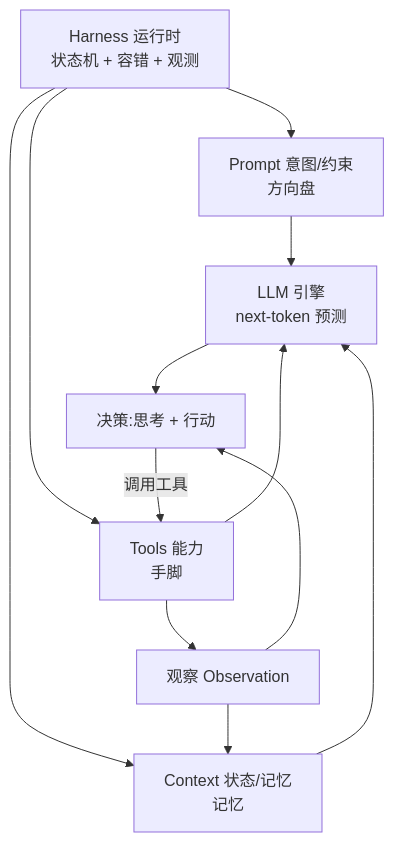
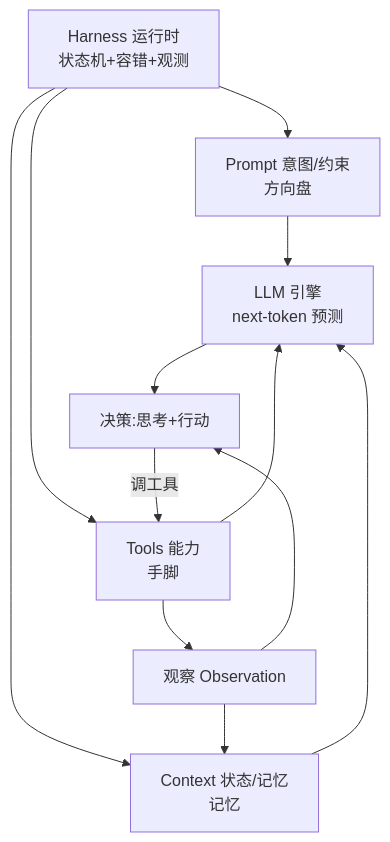
The diagram in frontend-knowledge-base/卷十一-AIAgentHarness与提示词工程/11.8-底层逻辑打通统一框架.md (inspire-man/frontend-knowledge-base), drawn with Mermaid before and after one commit. The commit also changed other lines of this file and 7 other files, not shown here.

````diff
--- a/frontend-knowledge-base/卷十一-AIAgentHarness与提示词工程/11.8-底层逻辑打通统一框架.md
+++ b/frontend-knowledge-base/卷十一-AIAgentHarness与提示词工程/11.8-底层逻辑打通统一框架.md
@@ -16,13 +16,12 @@
 ```mermaid
 flowchart TD
-    H[Harness 运行时<br/>状态机 + 容错 + 观测]
-    H --> P[Prompt 意图/约束<br/>方向盘]
+    H[Harness 运行时<br/>状态机+容错+观测] --> P[Prompt 意图/约束<br/>方向盘]
     H --> C[Context 状态/记忆<br/>记忆]
     H --> T[Tools 能力<br/>手脚]
     P & C & T --> L[LLM 引擎<br/>next-token 预测]
-    L --> A[决策:思考 + 行动]
-    A -->|调用工具| T
+    L --> A[决策:思考+行动]
+    A -->|调工具| T
     T --> O[观察 Observation]
     O --> C
     O --> A
 ```
````
